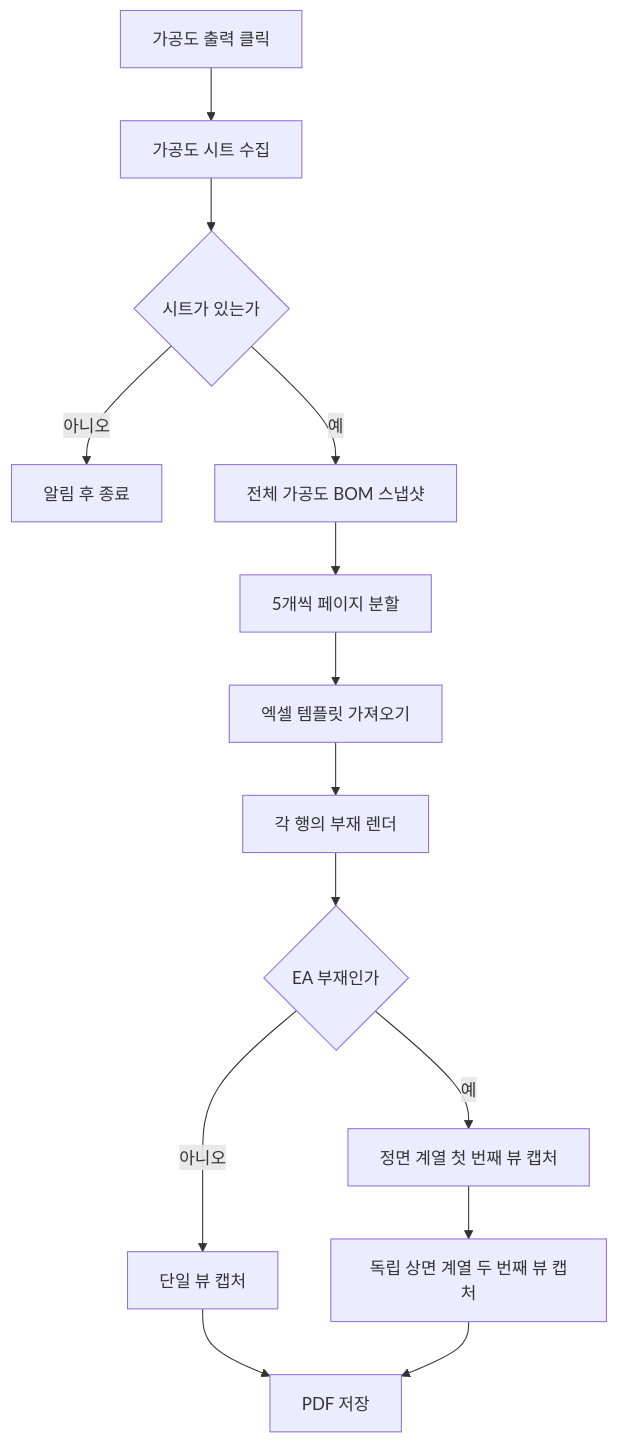
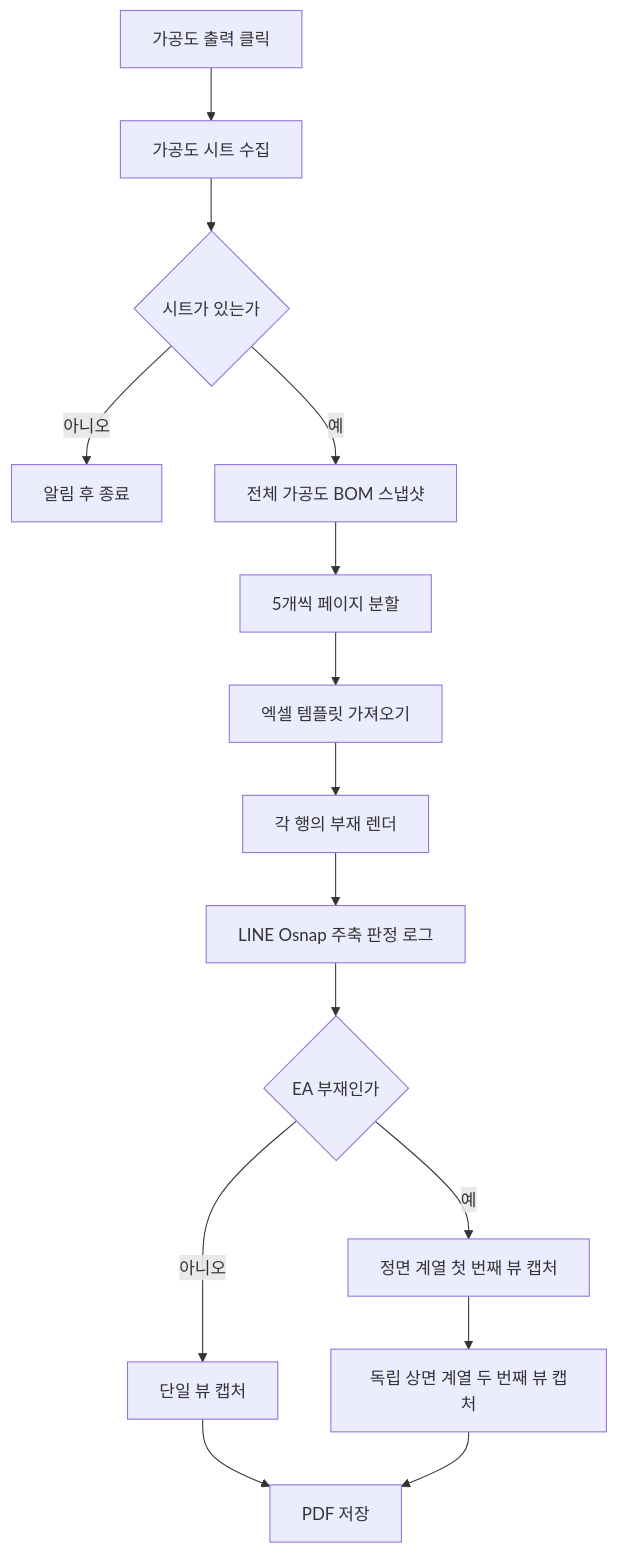
The diagram in docs/기능/가공도/가공도 시트.md (uuuuj/a2z), drawn with Mermaid before and after one commit. The commit also changed other lines of this file and 6 other files, not shown here.

````diff
--- a/docs/기능/가공도/가공도 시트.md
+++ b/docs/기능/가공도/가공도 시트.md
@@ -25,16 +25,17 @@
 ```mermaid
 flowchart TD
     A["가공도 출력 클릭"] --> B["가공도 시트 수집"]
     B --> C{"시트가 있는가"}
     C -- 아니오 --> D["알림 후 종료"]
     C -- 예 --> E["전체 가공도 BOM 스냅샷"]
     E --> F["5개씩 페이지 분할"]
     F --> G["엑셀 템플릿 가져오기"]
     G --> H["각 행의 부재 렌더"]
-    H --> I{"EA 부재인가"}
+    H --> H1["LINE Osnap 주축 판정 로그"]
+    H1 --> I{"EA 부재인가"}
     I -- 아니오 --> J["단일 뷰 캡처"]
     I -- 예 --> K["정면 계열 첫 번째 뷰 캡처"]
     K --> L["독립 상면 계열 두 번째 뷰 캡처"]
     J --> M["PDF 저장"]
     L --> M
 ```
````
